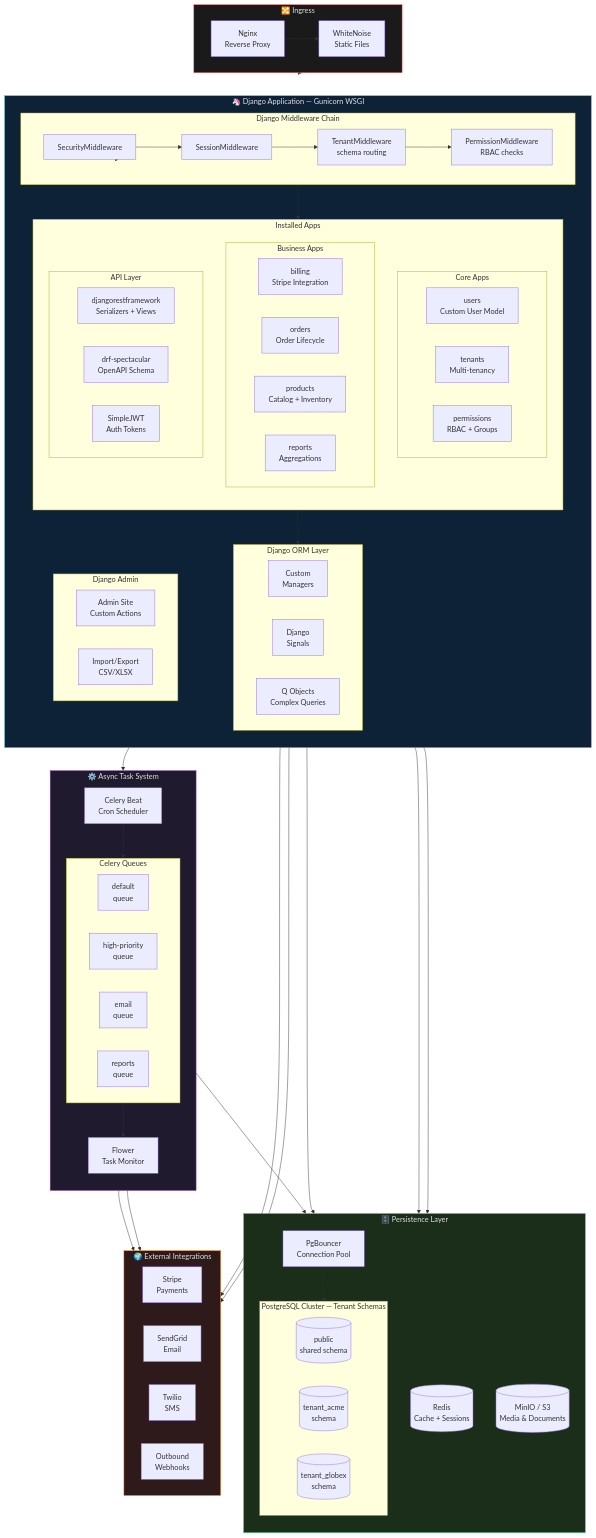
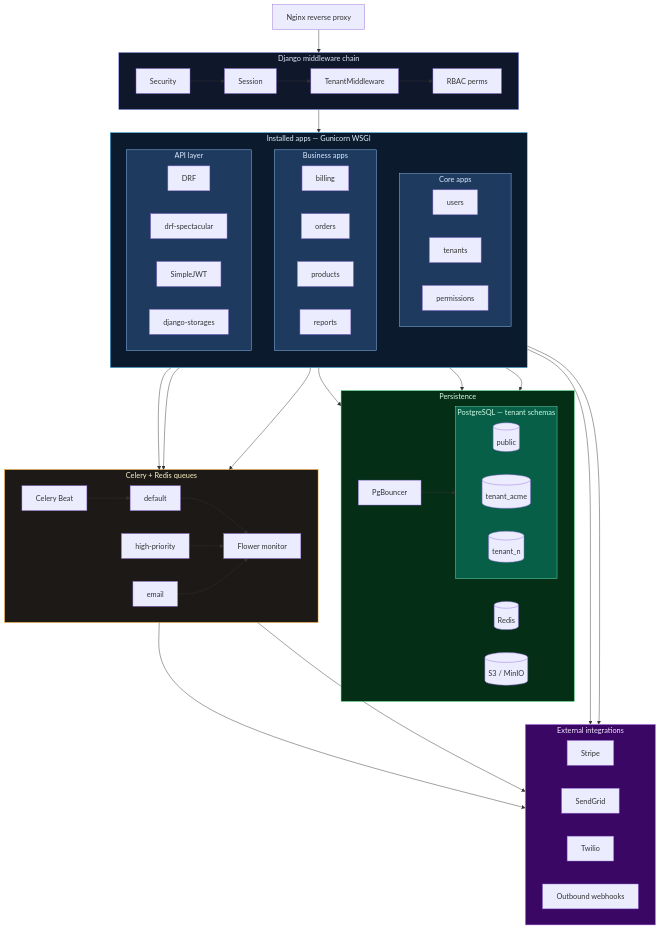
One commit to riovic918data/riovic918data changed the second of 5 diagrams in README.md. Above: the diagram before and after it, drawn with Mermaid. The commit also changed other lines of this file, not shown here.

````diff
--- a/README.md
+++ b/README.md
@@ -139,112 +149,91 @@
 ```mermaid
 graph TB
-    subgraph INGRESS["🔀 Ingress"]
+    NGINX["Nginx reverse proxy"]
+
+    subgraph MW["Django middleware chain"]
         direction LR
-        NGINX[Nginx\nReverse Proxy]
-        STATIC[WhiteNoise\nStatic Files]
+        SEC["Security"]
+        SESS["Session"]
+        TEN["TenantMiddleware"]
+        PERM["RBAC perms"]
     end
 
-    subgraph DJANGO["🦄 Django Application — Gunicorn WSGI"]
+    subgraph APPS["Installed apps — Gunicorn WSGI"]
         direction TB
 
-        subgraph MIDDLEWARE["Django Middleware Chain"]
+        subgraph CORE["Core apps"]
             direction LR
-            SEC[SecurityMiddleware]
-            SESS[SessionMiddleware]
-            TENANT_MW[TenantMiddleware\nschema routing]
-            PERM[PermissionMiddleware\nRBAC checks]
+            USR["users"]
+            TNT["tenants"]
+            ACL["permissions"]
         end
 
-        subgraph APPS["Installed Apps"]
-            direction TB
-            subgraph CORE_APPS["Core Apps"]
-                direction LR
-                USERS_APP[users\nCustom User Model]
-                TENANT_APP[tenants\nMulti-tenancy]
-                PERMS_APP[permissions\nRBAC + Groups]
-            end
-            subgraph BIZ_APPS["Business Apps"]
-                direction LR
-                BILLING[billing\nStripe Integration]
-                ORDERS[orders\nOrder Lifecycle]
-                PRODUCTS[products\nCatalog + Inventory]
-                REPORTS[reports\nAggregations]
-            end
-            subgraph API_APPS["API Layer"]
-                direction LR
-                DRF[djangorestframework\nSerializers + Views]
-                SWAGGER[drf-spectacular\nOpenAPI Schema]
-                SIMPLEJWT[SimpleJWT\nAuth Tokens]
-            end
+        subgraph BIZ["Business apps"]
+            direction LR
+            BILL["billing"]
+            ORD["orders"]
+            PROD["products"]
+            REP["reports"]
         end
 
-        subgraph ORM["Django ORM Layer"]
+        subgraph API["API layer"]
             direction LR
-            MANAGERS[Custom\nManagers]
-            SIGNALS[Django\nSignals]
-            Q_OBJ[Q Objects\nComplex Queries]
-        end
-
-        subgraph ADMIN["Django Admin"]
-            direction LR
-            ADMIN_SITE[Admin Site\nCustom Actions]
-            IMPORT_EXPORT[Import/Export\nCSV/XLSX]
+            DRF["DRF"]
+            SPEC["drf-spectacular"]
+            SJWT["SimpleJWT"]
+            STR["django-storages"]
         end
     end
 
-    subgraph CELERY_STACK["⚙️ Async Task System"]
-        direction TB
-        subgraph QUEUES["Celery Queues"]
+    subgraph PERSIST["Persistence"]
+        direction LR
+        PGB["PgBouncer"]
+        subgraph SCHEMAS["PostgreSQL — tenant schemas"]
             direction LR
-            Q_DEFAULT[default\nqueue]
-            Q_HIGH[high-priority\nqueue]
-            Q_EMAIL[email\nqueue]
-            Q_REPORT[reports\nqueue]
+            PUB[("public")]
+            TA[("tenant_acme")]
+            TN[("tenant_n")]
         end
-        FLOWER[Flower\nTask Monitor]
-        CELERY_BEAT[Celery Beat\nCron Scheduler]
+        RDS[("Redis")]
+        MNO[("S3 / MinIO")]
     end
 
-    subgraph STORAGE["🗄️ Persistence Layer"]
-        direction TB
-        subgraph DB_CLUSTER["PostgreSQL Cluster — Tenant Schemas"]
-            direction LR
-            PUBLIC_SCHEMA[(public\nshared schema)]
-            T1_SCHEMA[(tenant_acme\nschema)]
-            T2_SCHEMA[(tenant_globex\nschema)]
-        end
-        PGBOUNCER[PgBouncer\nConnection Pool]
-        REDIS[(Redis\nCache + Sessions)]
-        MINIO[(MinIO / S3\nMedia & Documents)]
+    subgraph CEL["Celery + Redis queues"]
+        direction LR
+        QD["default"]
+        QH["high-priority"]
+        QE["email"]
+        QB["Celery Beat"]
+        FLW["Flower monitor"]
     end
 
-    subgraph EXTERNAL["🌍 External Integrations"]
+    subgraph EXT["External integrations"]
         direction LR
-        STRIPE[Stripe\nPayments]
-        SENDGRID[SendGrid\nEmail]
-        TWILIO[Twilio\nSMS]
-        WEBHOOK_OUT[Outbound\nWebhooks]
+        STRIPE["Stripe"]
+        SG["SendGrid"]
+        TW["Twilio"]
+        WH["Outbound webhooks"]
     end
 
-    NGINX --> STATIC
-    NGINX --> MIDDLEWARE
-    MIDDLEWARE --> SEC --> SESS --> TENANT_MW --> PERM
-    PERM --> APPS
-    APPS --> ORM --> PGBOUNCER --> DB_CLUSTER
-    APPS --> REDIS
-    APPS --> MINIO
-    BILLING --> STRIPE
-    BIZ_APPS --> QUEUES
-    CELERY_BEAT --> QUEUES
-    QUEUES --> FLOWER
-    Q_EMAIL --> SENDGRID
-    Q_EMAIL --> TWILIO
-    Q_REPORT --> MINIO
-    ORDERS --> WEBHOOK_OUT
+    NGINX --> MW
+    SEC --> SESS --> TEN --> PERM --> APPS
+    APPS --> PGB --> SCHEMAS
+    APPS --> RDS
+    APPS --> MNO
+    BIZ --> QD & QH & QE
+    QB --> QD
+    QD & QH & QE --> FLW
+    BILL --> STRIPE
+    QE --> SG & TW
+    ORD --> WH
 
-    style INGRESS fill:#1a1a1a,stroke:#ff6b6b,color:#e0e0e0
-    style DJANGO fill:#0d2137,stroke:#44b3c2,color:#e0e0e0
-    style CELERY_STACK fill:#1f1a2e,stroke:#9b59b6,color:#e0e0e0
-    style STORAGE fill:#1a2e1a,stroke:#2ecc71,color:#e0e0e0
-    style EXTERNAL fill:#2e1a1a,stroke:#e67e22,color:#e0e0e0
+    style MW      fill:#0f172a,stroke:#818cf8,color:#e0e7ff
+    style APPS    fill:#0c1a2e,stroke:#38bdf8,color:#e0f2fe
+    style CORE    fill:#1e3a5f,stroke:#93c5fd,color:#dbeafe
+    style BIZ     fill:#1e3a5f,stroke:#93c5fd,color:#dbeafe
+    style API     fill:#1e3a5f,stroke:#93c5fd,color:#dbeafe
+    style PERSIST fill:#052e16,stroke:#4ade80,color:#dcfce7
+    style SCHEMAS fill:#065f46,stroke:#6ee7b7,color:#d1fae5
+    style CEL     fill:#1c1917,stroke:#f59e0b,color:#fef3c7
+    style EXT     fill:#3b0764,stroke:#c084fc,color:#f3e8ff
 ```
````
